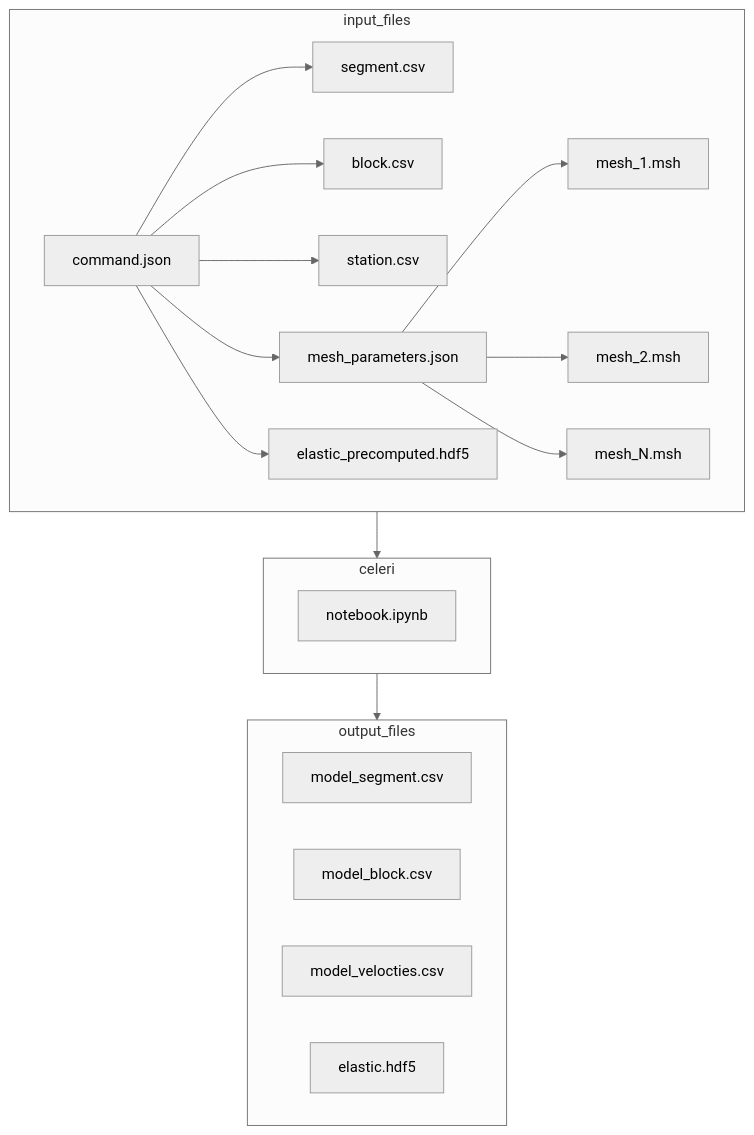
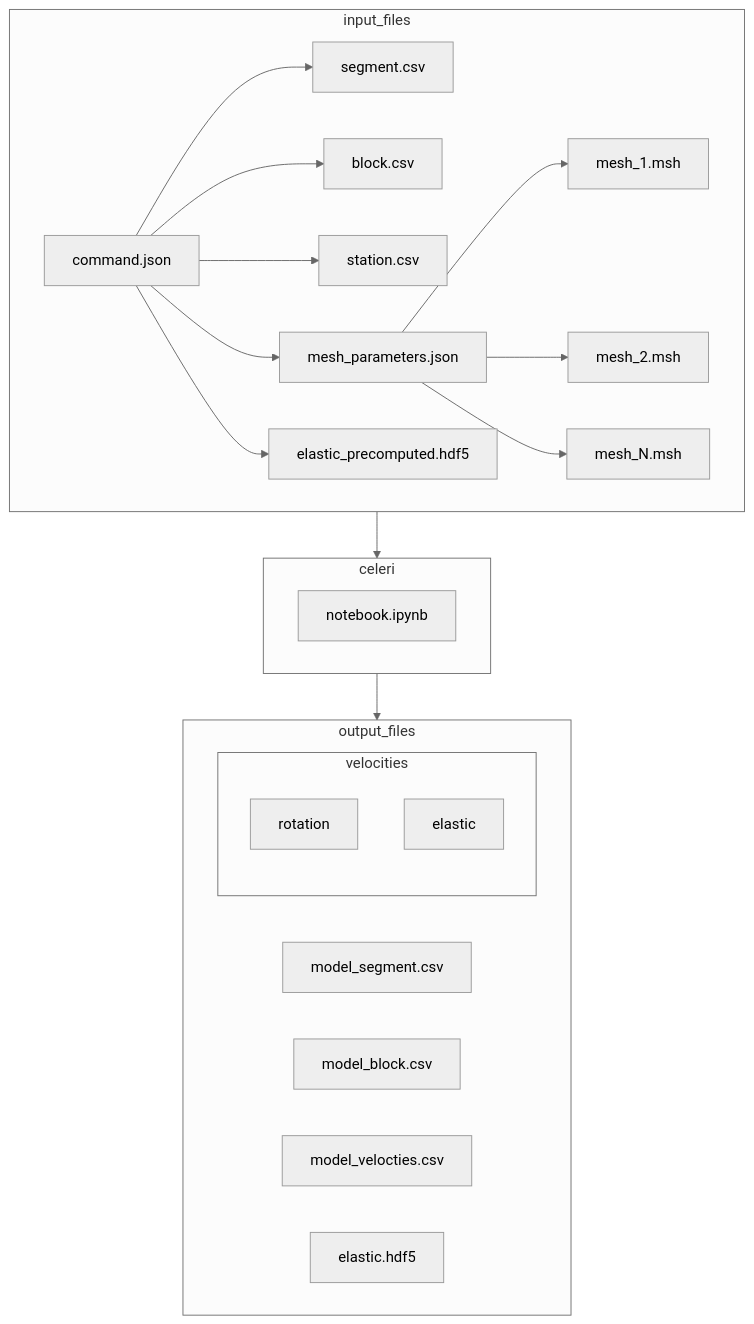
One commit to brendanjmeade/celeri changed the second of 2 diagrams in README.md. Above: the diagram before and after it, drawn with Mermaid (neutral theme).

Commit message:
Trying another subgraph

````diff
--- a/README.md
+++ b/README.md
@@ -40,24 +40,28 @@
 ```mermaid
 flowchart TD
   subgraph input_files
     command.json --> segment.csv
     command.json --> block.csv
     command.json --> station.csv
     command.json --> mesh_parameters.json
     mesh_parameters.json --> mesh_1.msh
     mesh_parameters.json --> mesh_2.msh
     mesh_parameters.json --> mesh_N.msh
     command.json --> elastic_precomputed.hdf5
   end
   subgraph celeri
     notebook.ipynb
   end
   subgraph output_files
     model_segment.csv
     model_block.csv
     model_velocties.csv
     elastic.hdf5
+    subgraph velocities
+      rotation
+      elastic
+    end
   end
   input_files --> celeri
   celeri --> output_files
 ```
````
